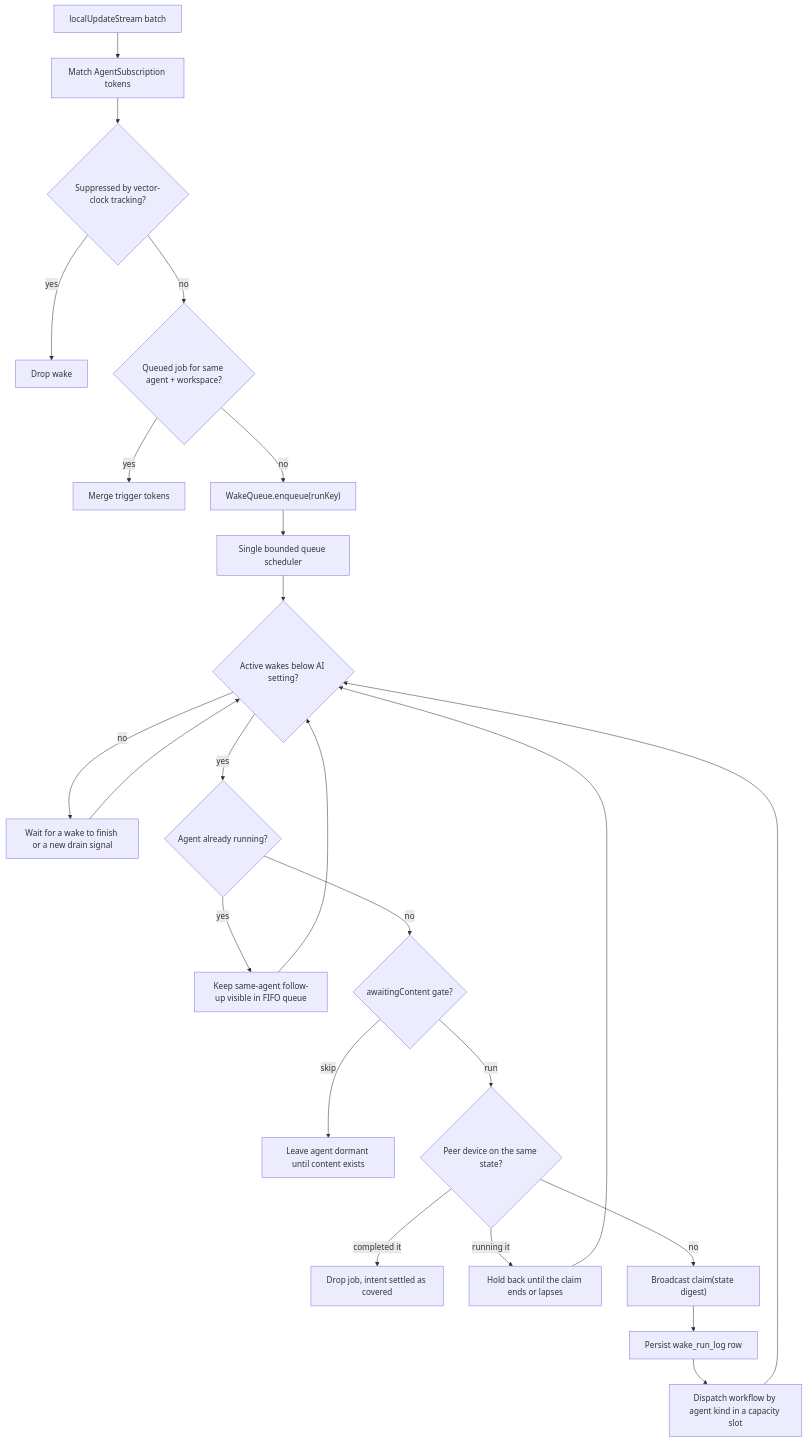
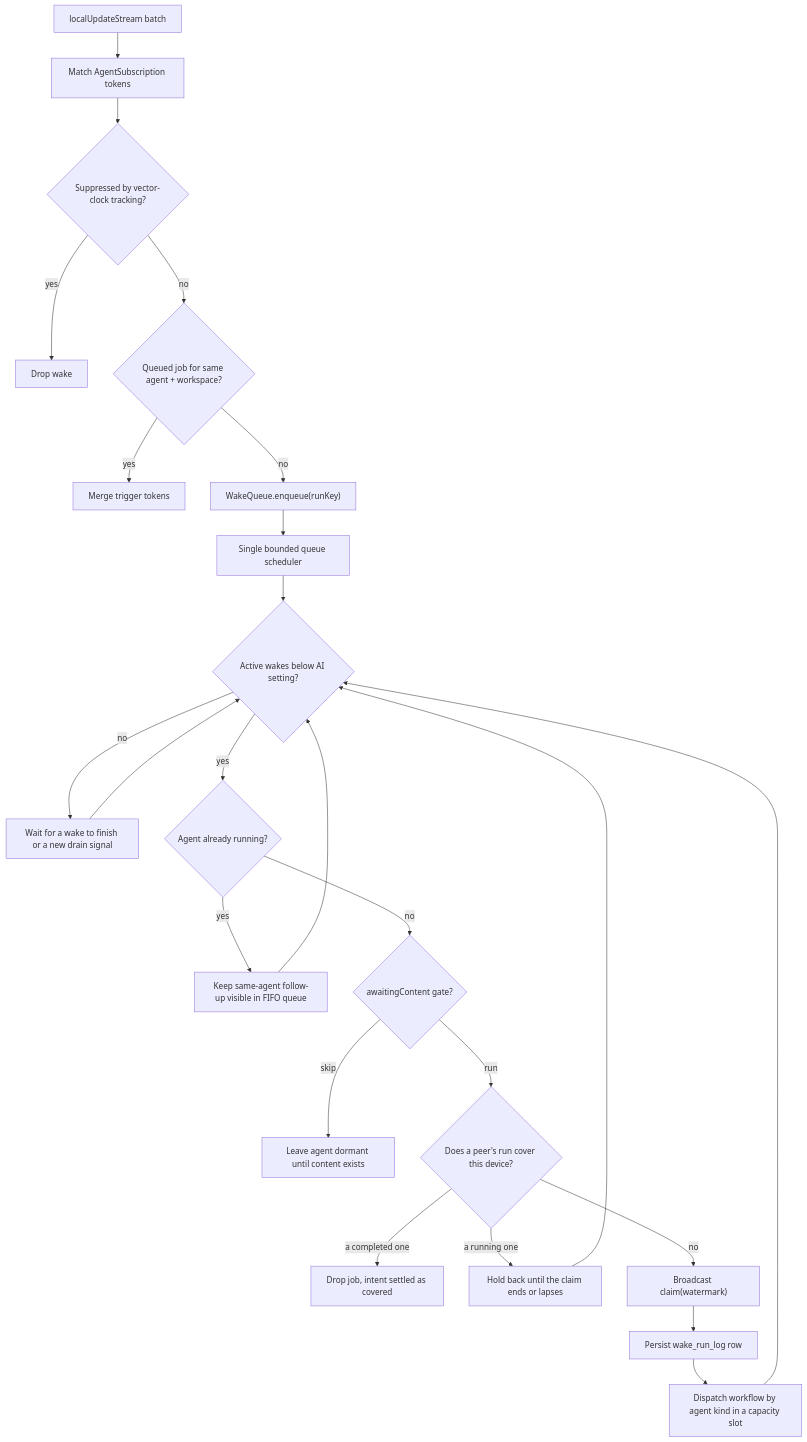
One commit to matthiasn/lotti changed the first of 3 diagrams in knowledge/features/agents/wake-orchestration.md. Above: the diagram before and after it, drawn with Mermaid. The commit also changed other lines of this file and 37 other files, not shown here.

First line of the commit message:
fix(agents): stand down when a peer's wake covers this device

````diff
--- a/knowledge/features/agents/wake-orchestration.md
+++ b/knowledge/features/agents/wake-orchestration.md
@@ -87,26 +95,26 @@
 ```mermaid
 flowchart TD
   Update["localUpdateStream batch"] --> Match["Match AgentSubscription tokens"]
   Match --> Suppress{"Suppressed by vector-clock tracking?"}
   Suppress -->|yes| Drop["Drop wake"]
   Suppress -->|no| Merge{"Queued job for same agent + workspace?"}
   Merge -->|yes| Coalesce["Merge trigger tokens"]
   Merge -->|no| Queue["WakeQueue.enqueue(runKey)"]
   Queue --> Drain["Single bounded queue scheduler"]
   Drain --> Capacity{"Active wakes below AI setting?"}
   Capacity -->|no| WaitSlot["Wait for a wake to finish or a new drain signal"]
   WaitSlot --> Capacity
   Capacity -->|yes| Busy{"Agent already running?"}
   Busy -->|yes| KeepQueued["Keep same-agent follow-up visible in FIFO queue"]
   KeepQueued --> Capacity
   Busy -->|no| Content{"awaitingContent gate?"}
   Content -->|skip| Wait["Leave agent dormant until content exists"]
-  Content -->|run| Coord{"Peer device on the same state?"}
-  Coord -->|completed it| Covered["Drop job, intent settled as covered"]
-  Coord -->|running it| Defer["Hold back until the claim ends or lapses"]
+  Content -->|run| Coord{"Does a peer's run cover this device?"}
+  Coord -->|a completed one| Covered["Drop job, intent settled as covered"]
+  Coord -->|a running one| Defer["Hold back until the claim ends or lapses"]
   Defer --> Capacity
-  Coord -->|no| Claim["Broadcast claim(state digest)"]
+  Coord -->|no| Claim["Broadcast claim(watermark)"]
   Claim --> Persist["Persist wake_run_log row"]
   Persist --> Exec["Dispatch workflow by agent kind in a capacity slot"]
   Exec --> Capacity
 ```
````
